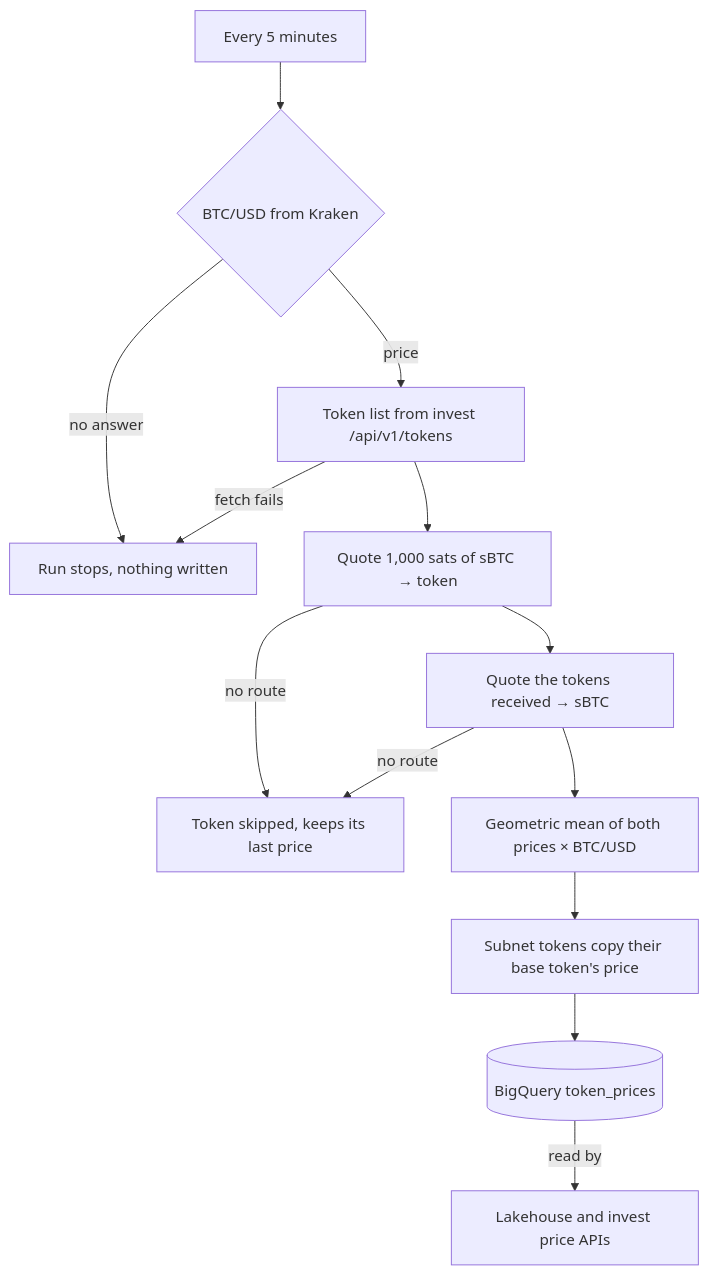
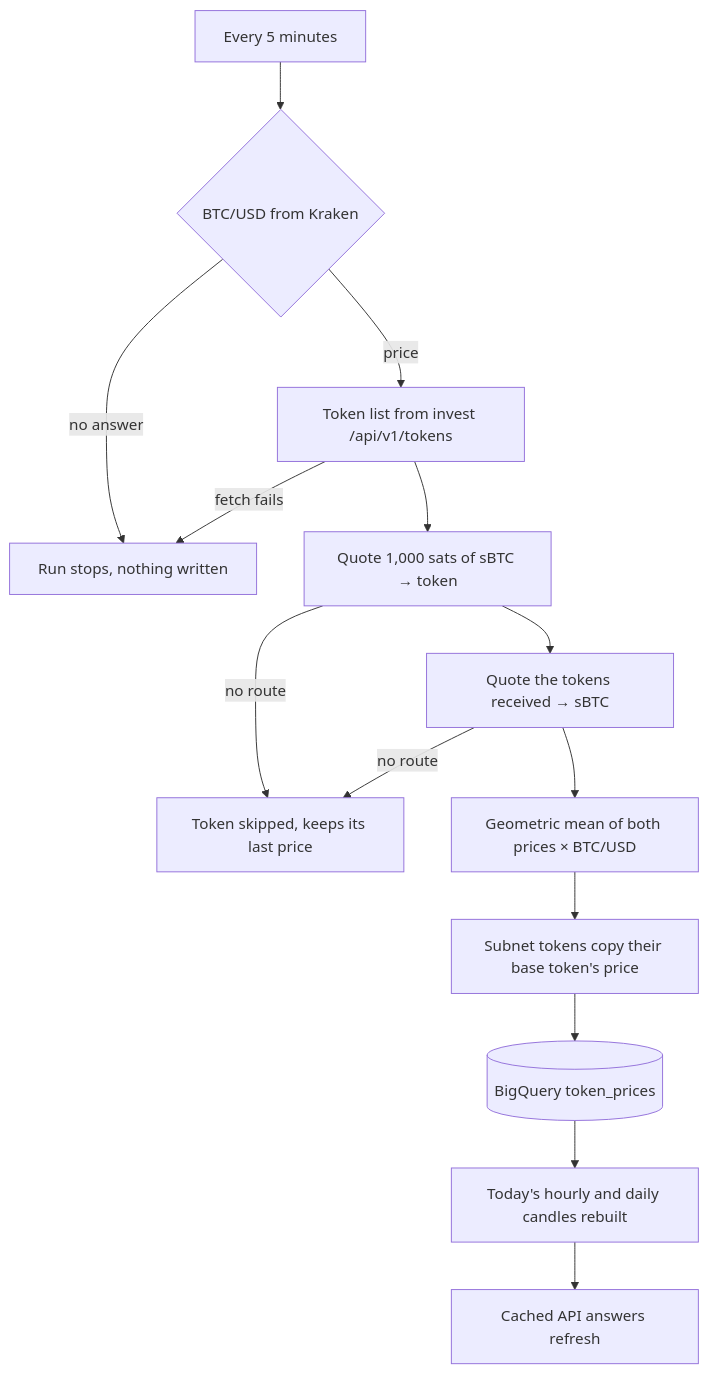
The diagram in apps/docs/docs/prices/overview.md (r0zar/charisma), drawn with Mermaid before and after one commit. The commit also changed other lines of this file and 2 other files, not shown here.

Commit message:
docs(prices): Price docs describe Charisma Prices; the brand app list includes it

````diff
--- a/apps/docs/docs/prices/overview.md
+++ b/apps/docs/docs/prices/overview.md
@@ -16,15 +16,16 @@
 ```mermaid
 flowchart TD
   start["Every 5 minutes"] --> btc{"BTC/USD from Kraken"}
   btc -->|"no answer"| stop["Run stops, nothing written"]
   btc -->|"price"| list["Token list from invest /api/v1/tokens"]
   list -->|"fetch fails"| stop
   list --> buy["Quote 1,000 sats of sBTC → token"]
   buy --> sell["Quote the tokens received → sBTC"]
   buy -->|"no route"| skip["Token skipped, keeps its last price"]
   sell -->|"no route"| skip
   sell --> mid["Geometric mean of both prices × BTC/USD"]
   mid --> sub["Subnet tokens copy their base token's price"]
   sub --> bq[("BigQuery token_prices")]
-  bq -->|"read by"| api["Lakehouse and invest price APIs"]
+  bq --> candles["Today's hourly and daily candles rebuilt"]
+  candles --> fresh["Cached API answers refresh"]
 ```
````
